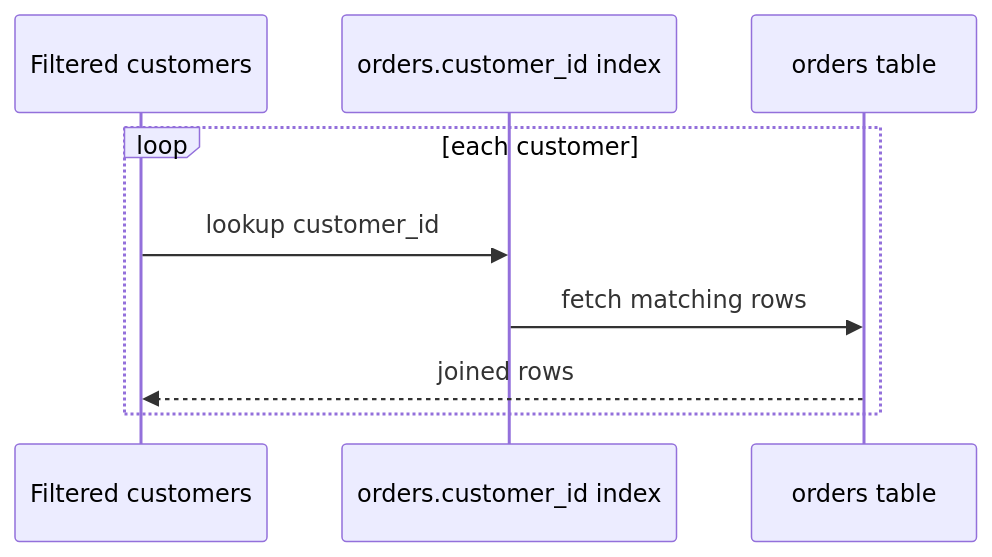
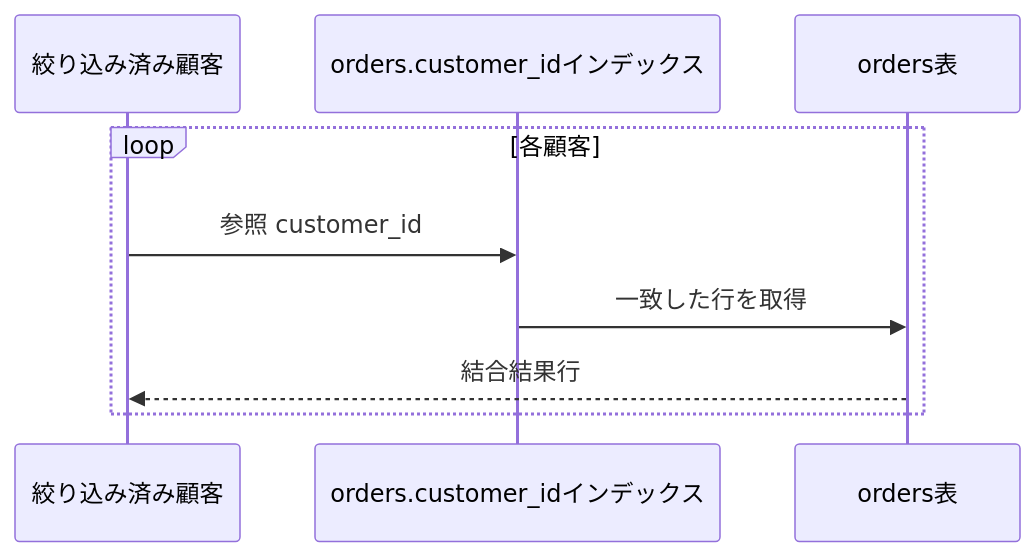
The third of 8 diagrams in src/content/docs/03-query-processing/08-join-algorithms.md (hirunebot/database-systems-book), drawn with Mermaid before and after one commit. The commit also changed other lines of this file and 42 other files, not shown here.

````diff
--- a/src/content/docs/03-query-processing/08-join-algorithms.md
+++ b/src/content/docs/03-query-processing/08-join-algorithms.md
@@ -83,11 +83,11 @@
 ```mermaid
 sequenceDiagram
-    participant Outer as Filtered customers
-    participant Index as orders.customer_id index
-    participant Table as orders table
-    loop each customer
-        Outer->>Index: lookup customer_id
-        Index->>Table: fetch matching rows
-        Table-->>Outer: joined rows
+    participant Outer as 絞り込み済み顧客
+    participant Index as orders.customer_idインデックス
+    participant Table as orders表
+    loop 各顧客
+        Outer->>Index: 参照 customer_id
+        Index->>Table: 一致した行を取得
+        Table-->>Outer: 結合結果行
     end
 ```
````
